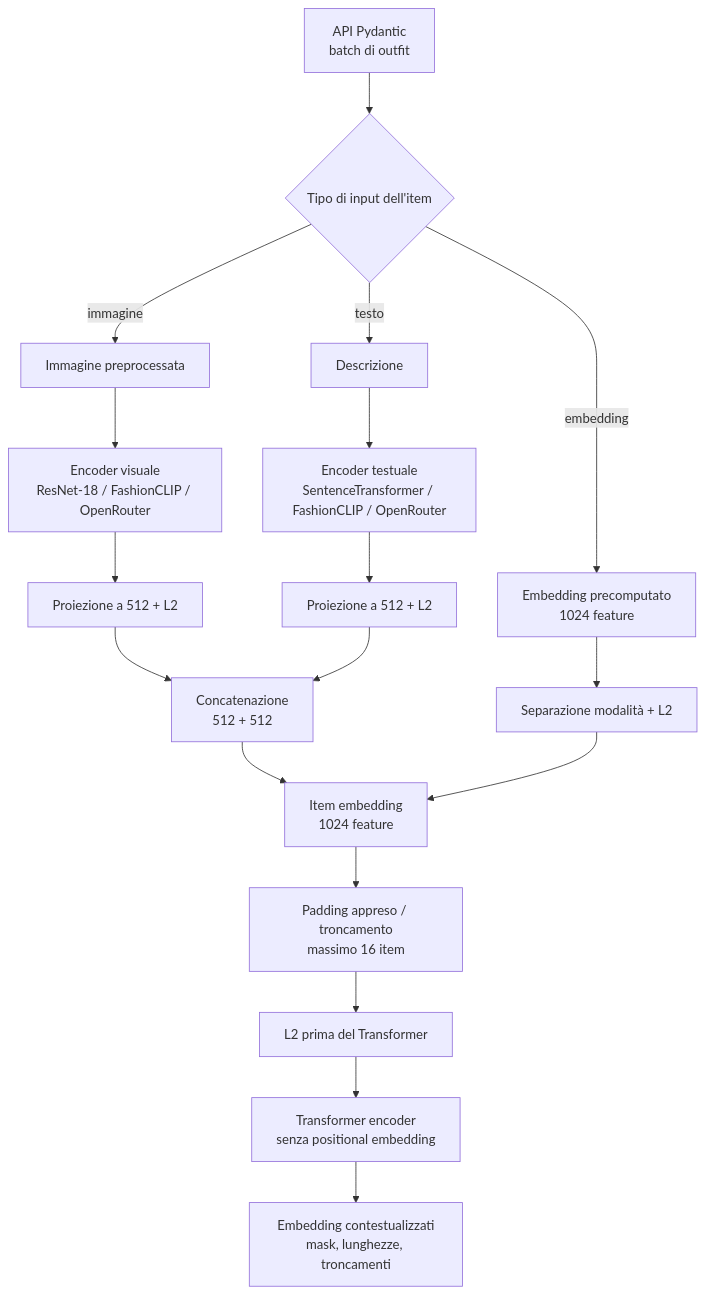
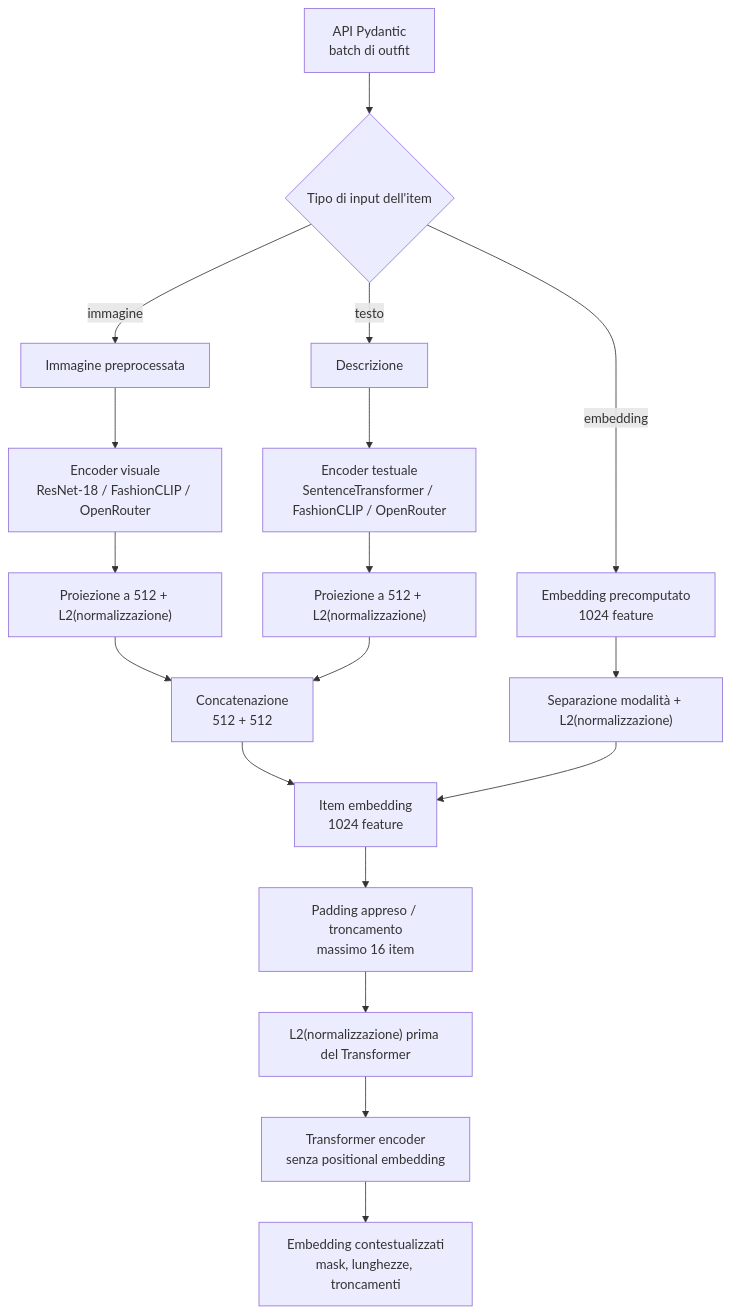
Before and after one commit to FlorindoDev/OutfitTransformer: the diagram in model/common/README.md, drawn with Mermaid. The commit also changed other lines of this file and 13 other files, not shown here.

````diff
--- a/model/common/README.md
+++ b/model/common/README.md
@@ -33,24 +33,24 @@
 ```mermaid
 flowchart TD
     API["API Pydantic<br/>batch di outfit"] --> TYPE{"Tipo di input dell'item"}
 
     TYPE -->|"immagine"| IMAGE["Immagine preprocessata"]
     TYPE -->|"testo"| TEXT["Descrizione"]
     TYPE -->|"embedding"| PRE["Embedding precomputato<br/>1024 feature"]
 
     IMAGE --> VE["Encoder visuale<br/>ResNet-18 / FashionCLIP / OpenRouter"]
     TEXT --> TE["Encoder testuale<br/>SentenceTransformer / FashionCLIP / OpenRouter"]
-    VE --> VP["Proiezione a 512 + L2"]
-    TE --> TP["Proiezione a 512 + L2"]
+    VE --> VP["Proiezione a 512 + L2(normalizzazione)"]
+    TE --> TP["Proiezione a 512 + L2(normalizzazione)"]
     VP --> CAT["Concatenazione<br/>512 + 512"]
     TP --> CAT
 
     CAT --> ITEM["Item embedding<br/>1024 feature"]
-    PRE --> PN["Separazione modalità + L2"]
+    PRE --> PN["Separazione modalità + L2(normalizzazione)"]
     PN --> ITEM
 
     ITEM --> PAD["Padding appreso / troncamento<br/>massimo 16 item"]
-    PAD --> L2["L2 prima del Transformer"]
+    PAD --> L2["L2(normalizzazione) prima del Transformer"]
     L2 --> TR["Transformer encoder<br/>senza positional embedding"]
     TR --> OUT["Embedding contestualizzati<br/>mask, lunghezze, troncamenti"]
 ```
````
